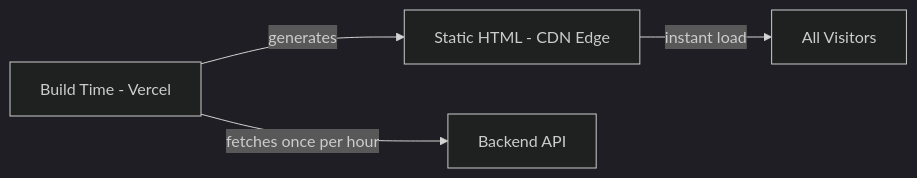
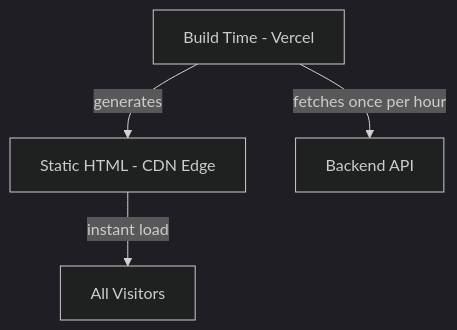
Before and after one commit to Dipakk7/Portfolio: the first of 2 diagrams in README.md, drawn with Mermaid (dark theme). The commit also changed other lines of this file, not shown here.

````diff
--- a/README.md
+++ b/README.md
@@ -63,6 +82,6 @@
 ```mermaid
-flowchart LR
+flowchart TB
     A[Build Time - Vercel] -->|generates| B[Static HTML - CDN Edge]
     A -->|fetches once per hour| C[Backend API]
     B -->|instant load| D[All Visitors]
 ```
````
